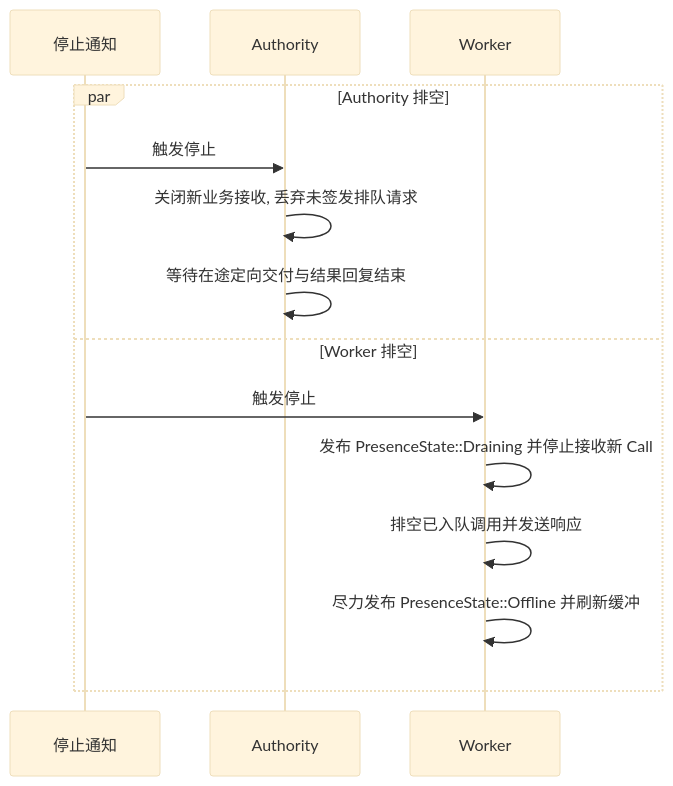
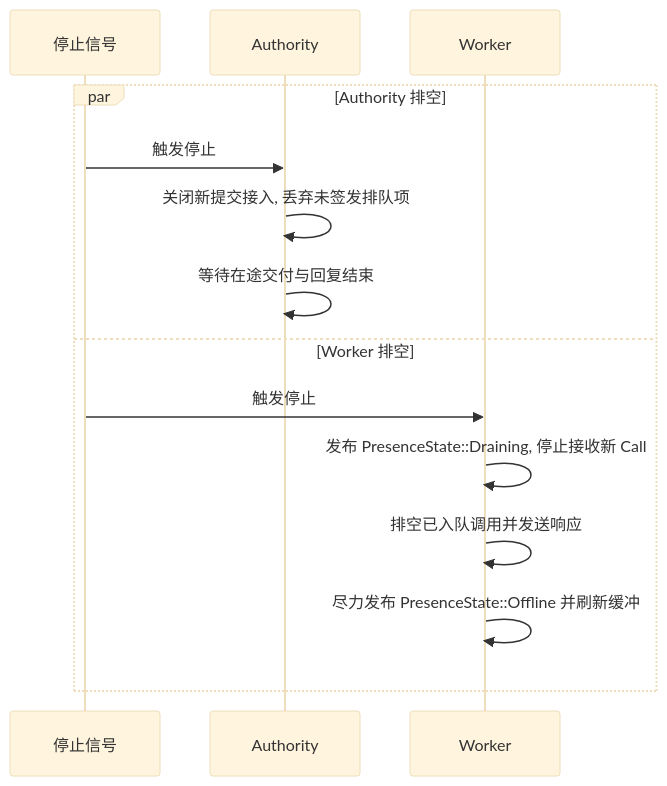
The fourth of 4 diagrams in spec/04-protocol.md (Everfold/Beamlet), drawn with Mermaid (base theme) before and after one commit. The commit also changed other lines of this file and 8 other files, not shown here.

````diff
--- a/spec/04-protocol.md
+++ b/spec/04-protocol.md
@@ -80,17 +78,17 @@
 ```mermaid
 sequenceDiagram
-    participant S as 停止通知
+    participant S as 停止信号
     participant A as Authority
     participant W as Worker
 
     par Authority 排空
         S->>A: 触发停止
-        A->>A: 关闭新业务接收, 丢弃未签发排队请求
-        A->>A: 等待在途定向交付与结果回复结束
+        A->>A: 关闭新提交接入, 丢弃未签发排队项
+        A->>A: 等待在途交付与回复结束
     and Worker 排空
         S->>W: 触发停止
-        W->>W: 发布 PresenceState::Draining 并停止接收新 Call
+        W->>W: 发布 PresenceState::Draining, 停止接收新 Call
         W->>W: 排空已入队调用并发送响应
         W->>W: 尽力发布 PresenceState::Offline 并刷新缓冲
     end
 ```
````
